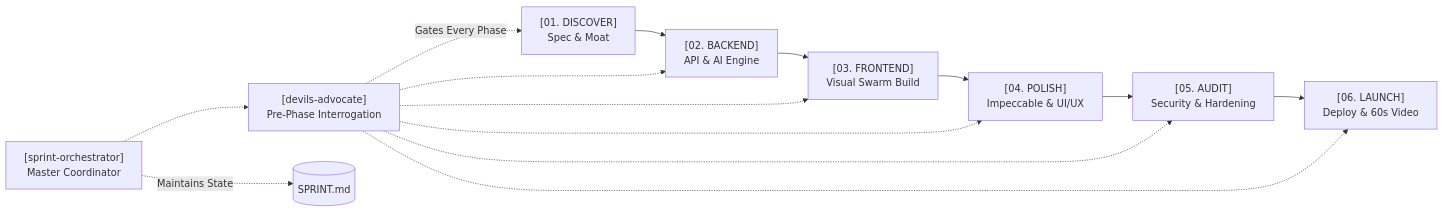
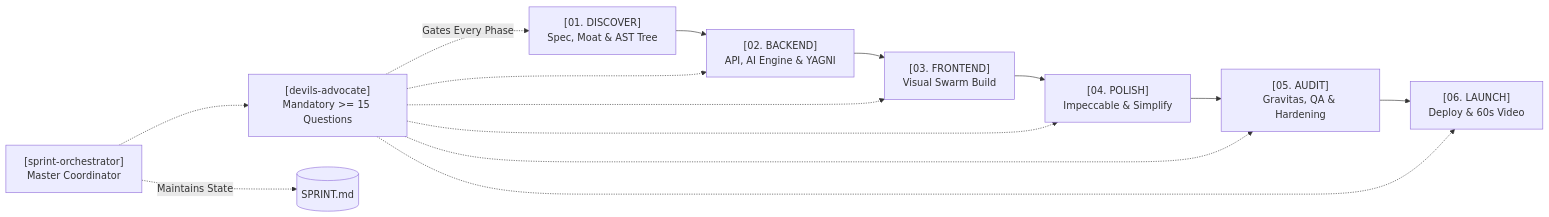
Before and after one commit to VihaanR/sprint-system: the first of 2 diagrams in README.md, drawn with Mermaid. The commit also changed other lines of this file and 18 other files, not shown here.

Commit message:
feat: integrate Gravitas, Ponytail, Code-Simplify, Understand-Anything, AAS & Caveman with >=15 question pre-phase gate

````diff
--- a/README.md
+++ b/README.md
@@ -36,18 +36,18 @@
 ```mermaid
 flowchart LR
-    P1["[01. DISCOVER]<br/>Spec & Moat"] --> P2["[02. BACKEND]<br/>API & AI Engine"]
+    P1["[01. DISCOVER]<br/>Spec, Moat & AST Tree"] --> P2["[02. BACKEND]<br/>API, AI Engine & YAGNI"]
     P2 --> P3["[03. FRONTEND]<br/>Visual Swarm Build"]
-    P3 --> P4["[04. POLISH]<br/>Impeccable & UI/UX"]
-    P4 --> P5["[05. AUDIT]<br/>Security & Hardening"]
+    P3 --> P4["[04. POLISH]<br/>Impeccable & Simplify"]
+    P4 --> P5["[05. AUDIT]<br/>Gravitas, QA & Hardening"]
     P5 --> P6["[06. LAUNCH]<br/>Deploy & 60s Video"]
 
-    DA["[devils-advocate]<br/>Pre-Phase Interrogation"] -.->|Gates Every Phase| P1
+    DA["[devils-advocate]<br/>Mandatory >= 15 Questions"] -.->|Gates Every Phase| P1
     DA -.-> P2
     DA -.-> P3
     DA -.-> P4
     DA -.-> P5
     DA -.-> P6
 
     SO["[sprint-orchestrator]<br/>Master Coordinator"] -.->|Maintains State| SPRINT[("SPRINT.md")]
     SO -.-> DA
 ```
````
